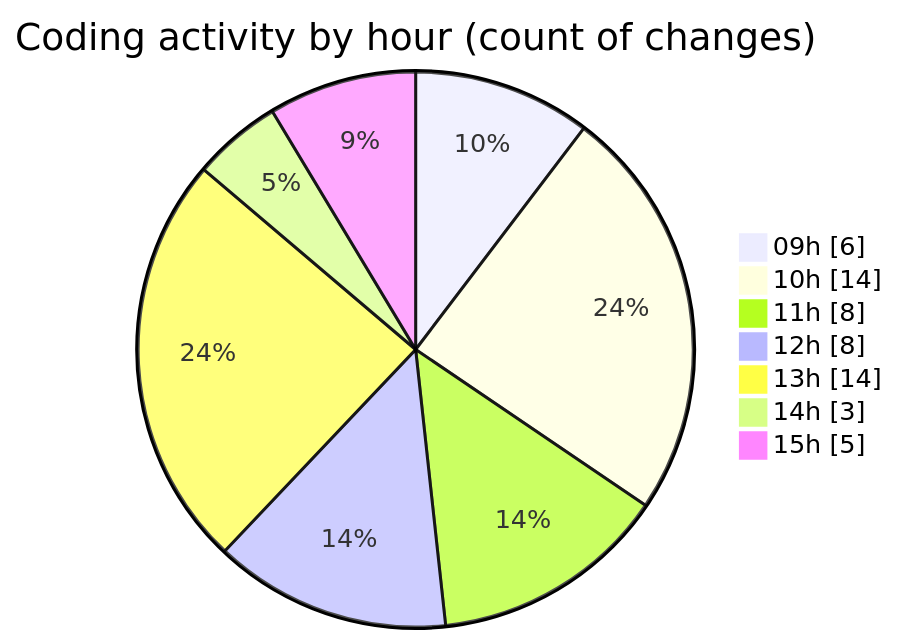
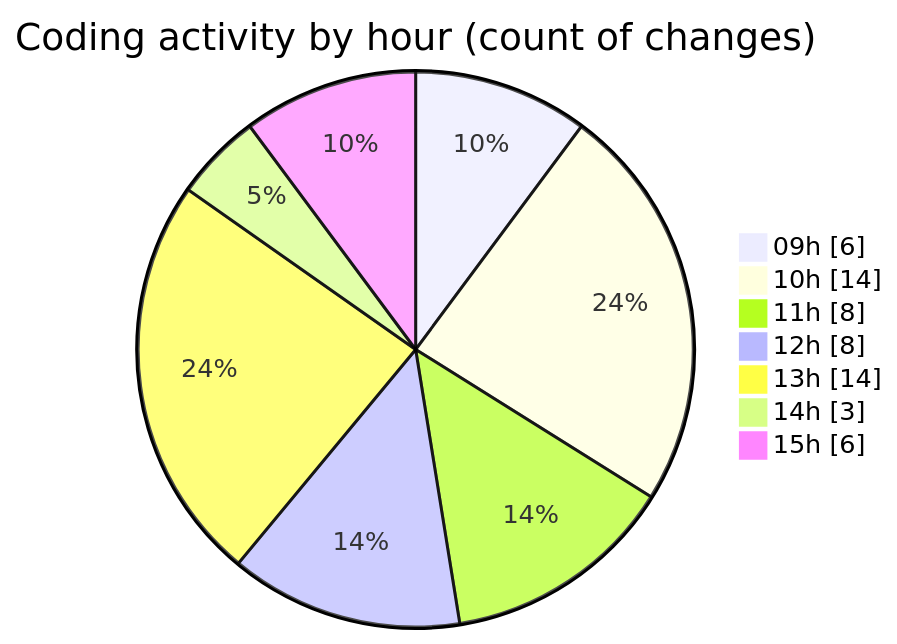
One commit to momahboobian/code-tracking changed the second of 2 diagrams in 2025-05-09/cda/README.md. Above: the diagram before and after it, drawn with Mermaid. The commit also changed other lines of this file and 1 other file, not shown here.

````diff
--- a/2025-05-09/cda/README.md
+++ b/2025-05-09/cda/README.md
@@ -39,11 +41,11 @@
 ```mermaid
 pie showData
 title Coding activity by hour (count of changes)
 "09h" : 6
 "10h" : 14
 "11h" : 8
 "12h" : 8
 "13h" : 14
 "14h" : 3
-"15h" : 5
+"15h" : 6
 ```
````
